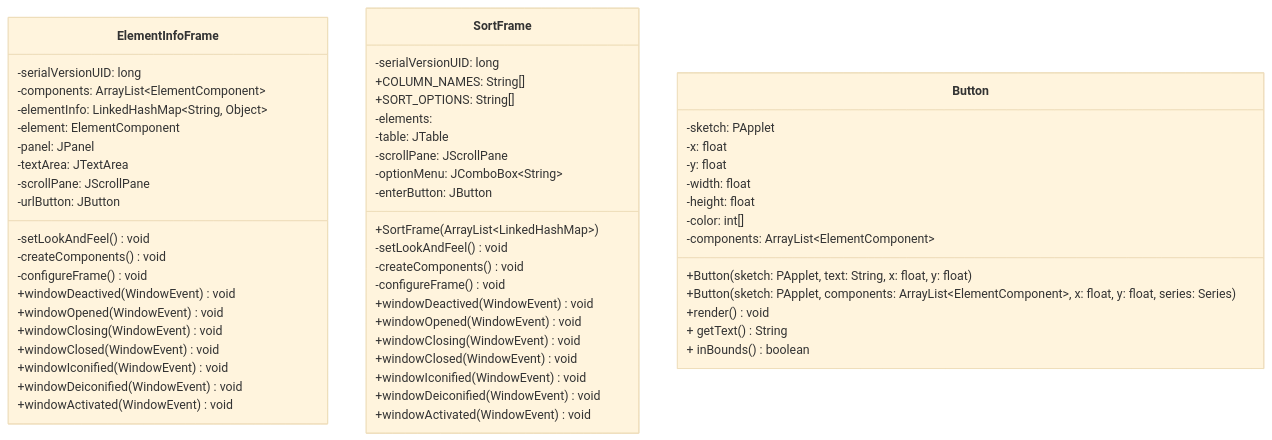
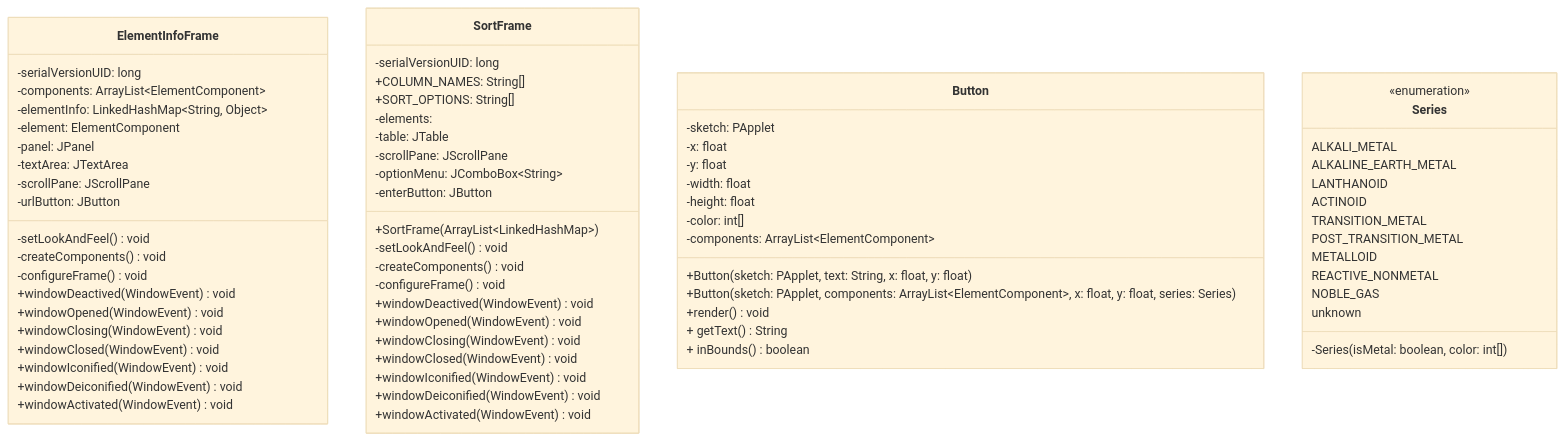
The diagram in README.md (9661328/cp2-individual-project), drawn with Mermaid (base theme) before and after one commit.

````diff
--- a/README.md
+++ b/README.md
@@ -22,65 +22,81 @@
 ```mermaid
 
 classDiagram
 
 class ElementInfoFrame{
 -serialVersionUID: long
 -components: ArrayList~ElementComponent~
 -elementInfo: LinkedHashMap~String, Object~
 -element: ElementComponent
 -panel: JPanel
 -textArea: JTextArea
 -scrollPane: JScrollPane
 -urlButton: JButton
  
 -setLookAndFeel() void
 -createComponents() void
 -configureFrame() void
 +windowDeactived(WindowEvent) void
 +windowOpened(WindowEvent) void
 +windowClosing(WindowEvent) void
 +windowClosed(WindowEvent) void
 +windowIconified(WindowEvent) void
 +windowDeiconified(WindowEvent) void
 +windowActivated(WindowEvent) void
 }
 
 class SortFrame{
 -serialVersionUID: long
 +COLUMN_NAMES: String[]
 +SORT_OPTIONS: String[]
 -elements: 
 -table: JTable
 -scrollPane: JScrollPane
 -optionMenu: JComboBox~String~
 -enterButton: JButton
 
 +SortFrame(ArrayList~LinkedHashMap~)
 -setLookAndFeel() void
 -createComponents() void
 -configureFrame() void
 +windowDeactived(WindowEvent) void
 +windowOpened(WindowEvent) void
 +windowClosing(WindowEvent) void
 +windowClosed(WindowEvent) void
 +windowIconified(WindowEvent) void
 +windowDeiconified(WindowEvent) void
 +windowActivated(WindowEvent) void
 }
 
 class Button{
 -sketch: PApplet
 -x: float
 -y: float
 -width: float
 -height: float
 -color: int[]
 -components: ArrayList~ElementComponent~
 
 +Button(sketch: PApplet, text: String, x: float, y: float)
 +Button(sketch: PApplet, components: ArrayList~ElementComponent~, x: float, y: float, series: Series)
 +render() void
 + getText() String
 + inBounds() boolean
 }
+
+class Series{
+<<enumeration>>
+ALKALI_METAL
+ALKALINE_EARTH_METAL
+LANTHANOID
+ACTINOID
+TRANSITION_METAL
+POST_TRANSITION_METAL
+METALLOID
+REACTIVE_NONMETAL
+NOBLE_GAS
+unknown
+
+-Series(isMetal: boolean, color: int[])
+}
 ```
````
